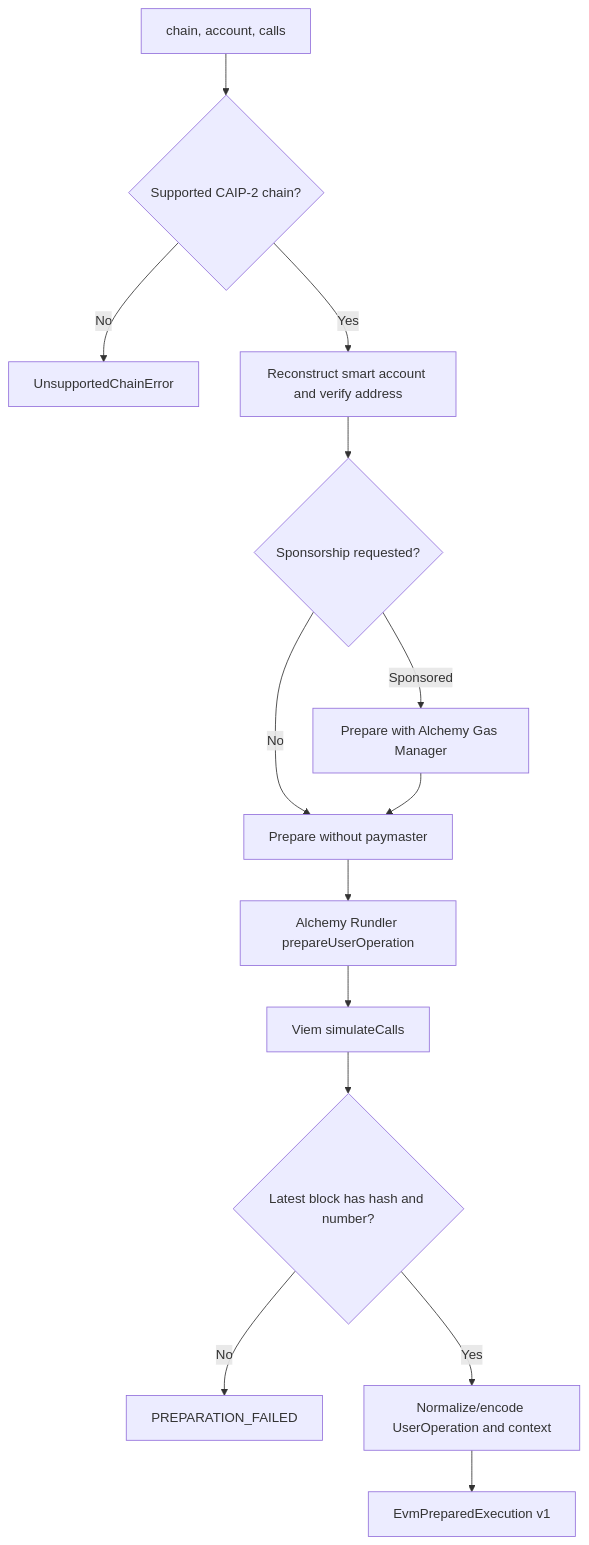
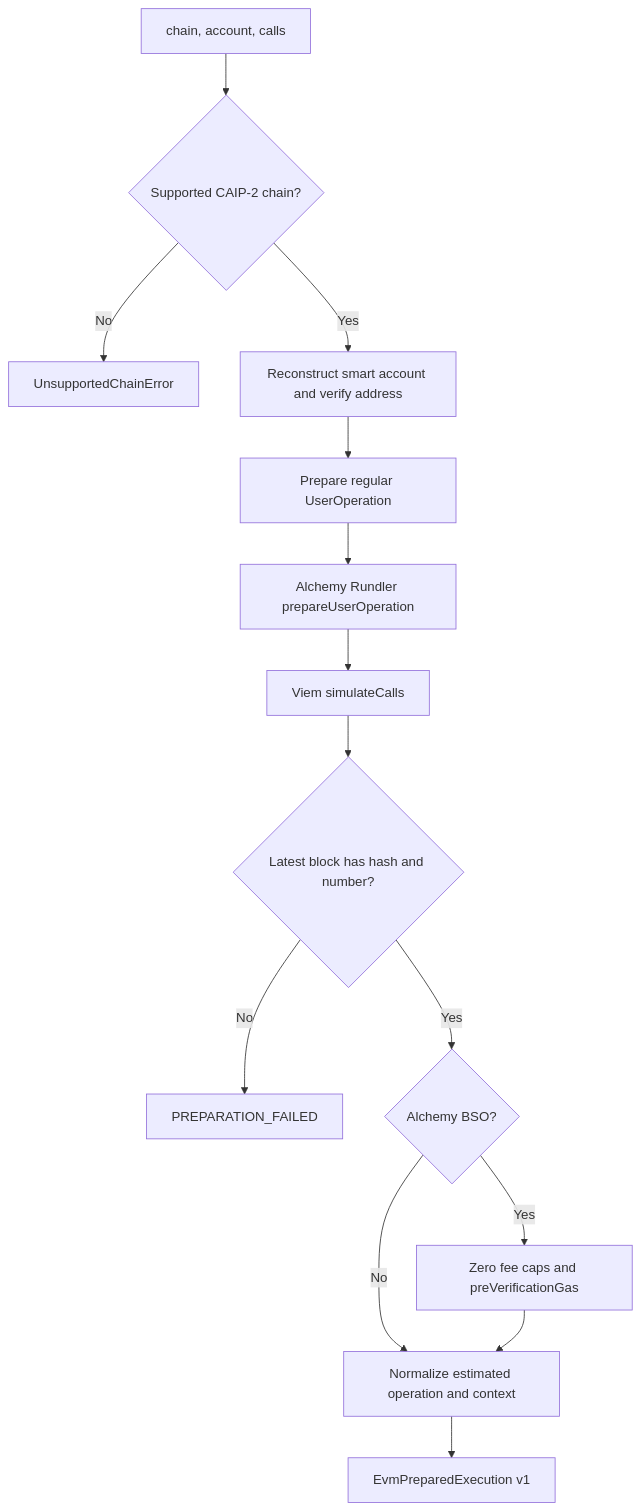
The diagram in architecture/evm/execution/prepare.md (thenamespace/namera), drawn with Mermaid before and after one commit. The commit also changed other lines of this file and 79 other files, not shown here.

````diff
--- a/architecture/evm/execution/prepare.md
+++ b/architecture/evm/execution/prepare.md
@@ -15,16 +15,16 @@
 ```mermaid
 flowchart TD
   Input[chain, account, calls] --> Chain{Supported CAIP-2 chain?}
   Chain -->|No| Unsupported[UnsupportedChainError]
   Chain -->|Yes| Reconstruct[Reconstruct smart account and verify address]
-  Reconstruct --> Sponsor{Sponsorship requested?}
-  Sponsor -->|No| Prepare[Prepare without paymaster]
-  Sponsor -->|Sponsored| PrepareSponsored[Prepare with Alchemy Gas Manager]
-  PrepareSponsored --> Prepare
+  Reconstruct --> Prepare[Prepare regular UserOperation]
   Prepare --> Estimate[Alchemy Rundler prepareUserOperation]
   Estimate --> Calls[Viem simulateCalls]
   Calls --> Block{Latest block has hash and number?}
   Block -->|No| Failure[PREPARATION_FAILED]
-  Block -->|Yes| Normalize[Normalize/encode UserOperation and context]
+  Block -->|Yes| Sponsor{Alchemy BSO?}
+  Sponsor -->|No| Normalize[Normalize estimated operation and context]
+  Sponsor -->|Yes| BSO[Zero fee caps and preVerificationGas]
+  BSO --> Normalize
   Normalize --> Prepared[EvmPreparedExecution v1]
 ```
````
